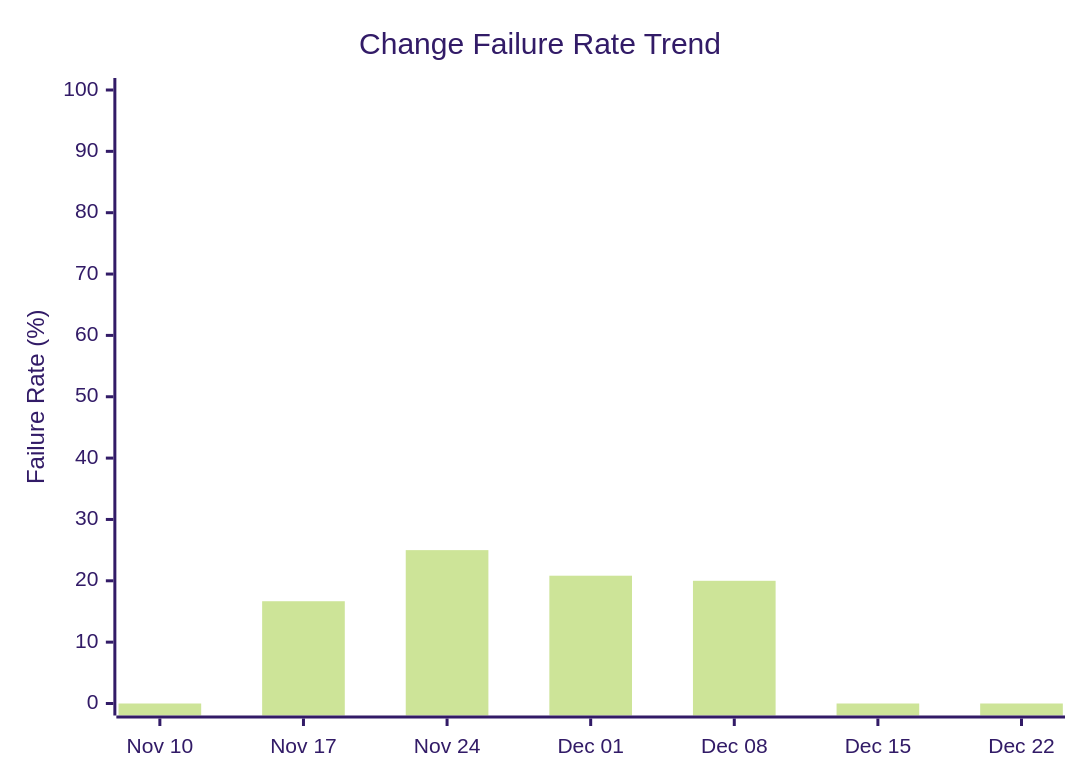
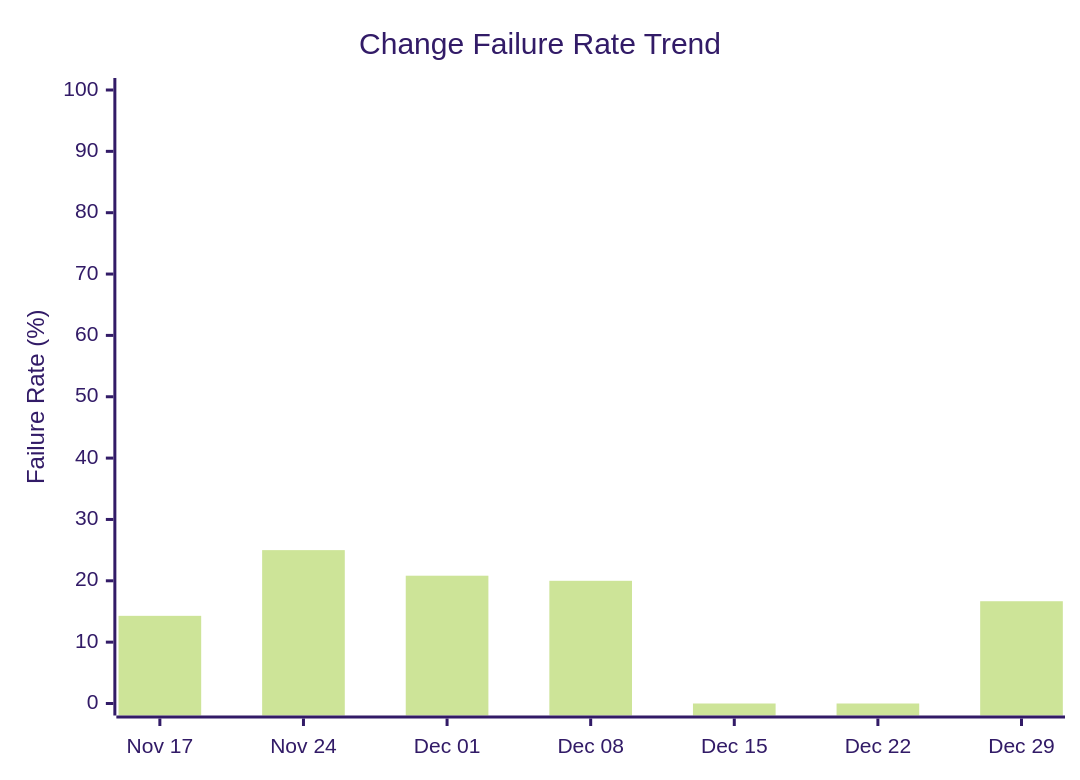
One commit to ukma-cs-ssdm-2025/rate-ukma changed the fourth of 4 diagrams in docs/ci-cd/dora-summary.md. Above: the diagram before and after it, drawn with Mermaid (forest theme). The commit also changed other lines of this file, not shown here.

````diff
--- a/docs/ci-cd/dora-summary.md
+++ b/docs/ci-cd/dora-summary.md
@@ -65,7 +66,7 @@
 ```mermaid
 xychart-beta
     title "Change Failure Rate Trend"
-    x-axis ["Nov 10", "Nov 17", "Nov 24", "Dec 01", "Dec 08", "Dec 15", "Dec 22"]
+    x-axis ["Nov 17", "Nov 24", "Dec 01", "Dec 08", "Dec 15", "Dec 22", "Dec 29"]
     y-axis "Failure Rate (%)" 0 --> 100
-    bar [0.00, 16.67, 25.00, 20.83, 20.00, 0.00, 0.00]
+    bar [14.29, 25.00, 20.83, 20.00, 0.00, 0.00, 16.67]
 ```
````
